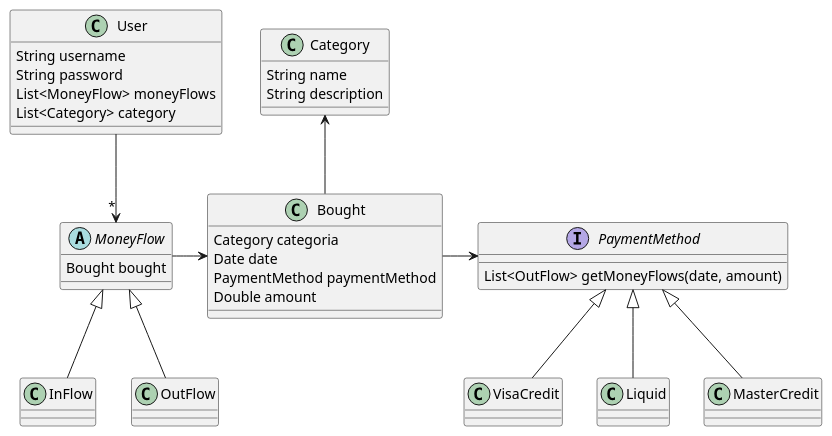
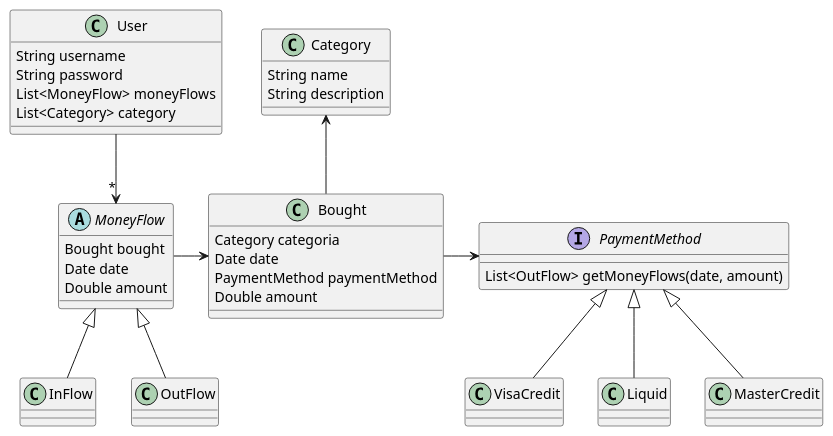
One commit to EmanuelConstanciodev/PersonalFinancesServer changed the diagram in Class Diagram.puml. Above: the diagram before and after it, drawn with PlantUML. The commit also changed 13 other files, not shown here.

```diff
--- a/Class Diagram.puml
+++ b/Class Diagram.puml
@@ -1,55 +1,57 @@
 @startuml
 
 interface PaymentMethod {
    List<OutFlow> getMoneyFlows(date, amount)
 }
 
 class Bought {
    Category categoria
    Date date
    PaymentMethod paymentMethod
    Double amount
 }
 
 class Category {
     String name
     String description
 }
 
 abstract class MoneyFlow {
     Bought bought
+    Date date
+    Double amount
 }
 
 class InFlow
 
 class OutFlow
 
 class VisaCredit
 
 class Liquid
 
 class MasterCredit
 
 class User {
     String username
     String password
     List<MoneyFlow> moneyFlows
     List<Category> category
 }
 
 VisaCredit -u-|> PaymentMethod
 Liquid -u-|> PaymentMethod
 MasterCredit -u-|> PaymentMethod
 
 Bought -u-> Category
 
 Bought -r-> PaymentMethod
 
 MoneyFlow -> Bought
 
 InFlow -u-|> MoneyFlow
 OutFlow -u-|> MoneyFlow
 
 User -->"*" MoneyFlow
 
 @enduml
```
